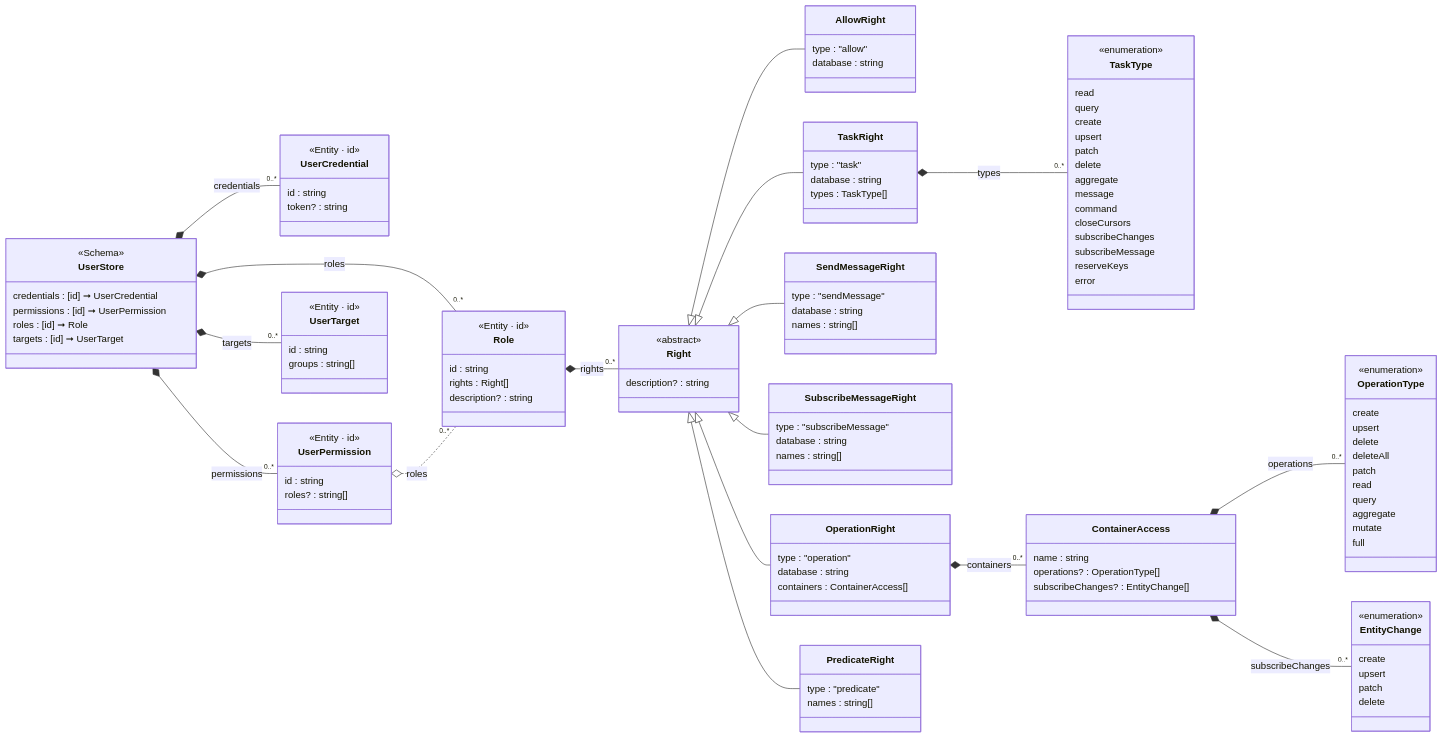
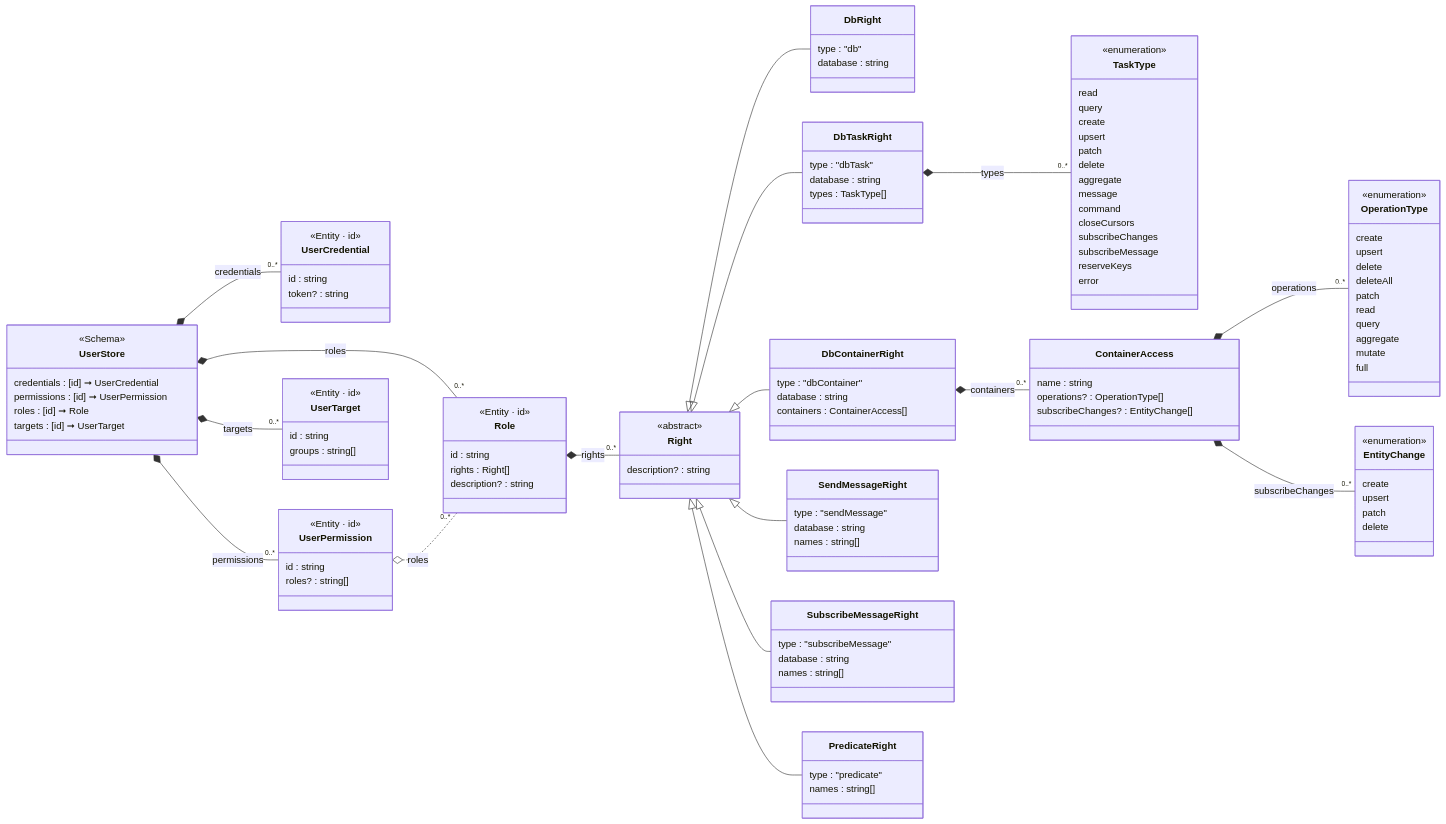
One commit to friflo/Friflo.Json.Fliox changed the diagram in Json.Tests/assets~/Schema/Markdown/UserStore/class-diagram.md. Above: the diagram before and after it, drawn with Mermaid. The commit also changed 40 other files, not shown here.

Commit message:
rename Right classes & discriminators: AllowRight     -> DbRight,          "allow"     -> "db" TaskRight      -> DbTaskRight,      "task"      -> "dbTask" OperationRight -> DbContainerRight, "operation" -> "dbContainer"

```diff
--- a/Json.Tests/assets~/Schema/Markdown/UserStore/class-diagram.md
+++ b/Json.Tests/assets~/Schema/Markdown/UserStore/class-diagram.md
@@ -49,41 +49,27 @@
     description? : string
 }
 
-Right <|-- AllowRight
-class AllowRight {
-    type         : "allow"
+Right <|-- DbRight
+class DbRight {
+    type         : "db"
     database     : string
 }
 
-Right <|-- TaskRight
-class TaskRight {
-    type         : "task"
+Right <|-- DbTaskRight
+class DbTaskRight {
+    type         : "dbTask"
     database     : string
     types        : TaskType[]
 }
-TaskRight *-- "0..*" TaskType : types
+DbTaskRight *-- "0..*" TaskType : types
 
-Right <|-- SendMessageRight
-class SendMessageRight {
-    type         : "sendMessage"
-    database     : string
-    names        : string[]
-}
-
-Right <|-- SubscribeMessageRight
-class SubscribeMessageRight {
-    type         : "subscribeMessage"
-    database     : string
-    names        : string[]
-}
-
-Right <|-- OperationRight
-class OperationRight {
-    type         : "operation"
+Right <|-- DbContainerRight
+class DbContainerRight {
+    type         : "dbContainer"
     database     : string
     containers   : ContainerAccess[]
 }
-OperationRight *-- "0..*" ContainerAccess : containers
+DbContainerRight *-- "0..*" ContainerAccess : containers
 
 class ContainerAccess {
     name              : string
@@ -107,6 +93,20 @@
     full
 }
 
+
+Right <|-- SendMessageRight
+class SendMessageRight {
+    type         : "sendMessage"
+    database     : string
+    names        : string[]
+}
+
+Right <|-- SubscribeMessageRight
+class SubscribeMessageRight {
+    type         : "subscribeMessage"
+    database     : string
+    names        : string[]
+}
 
 Right <|-- PredicateRight
 class PredicateRight {
```
